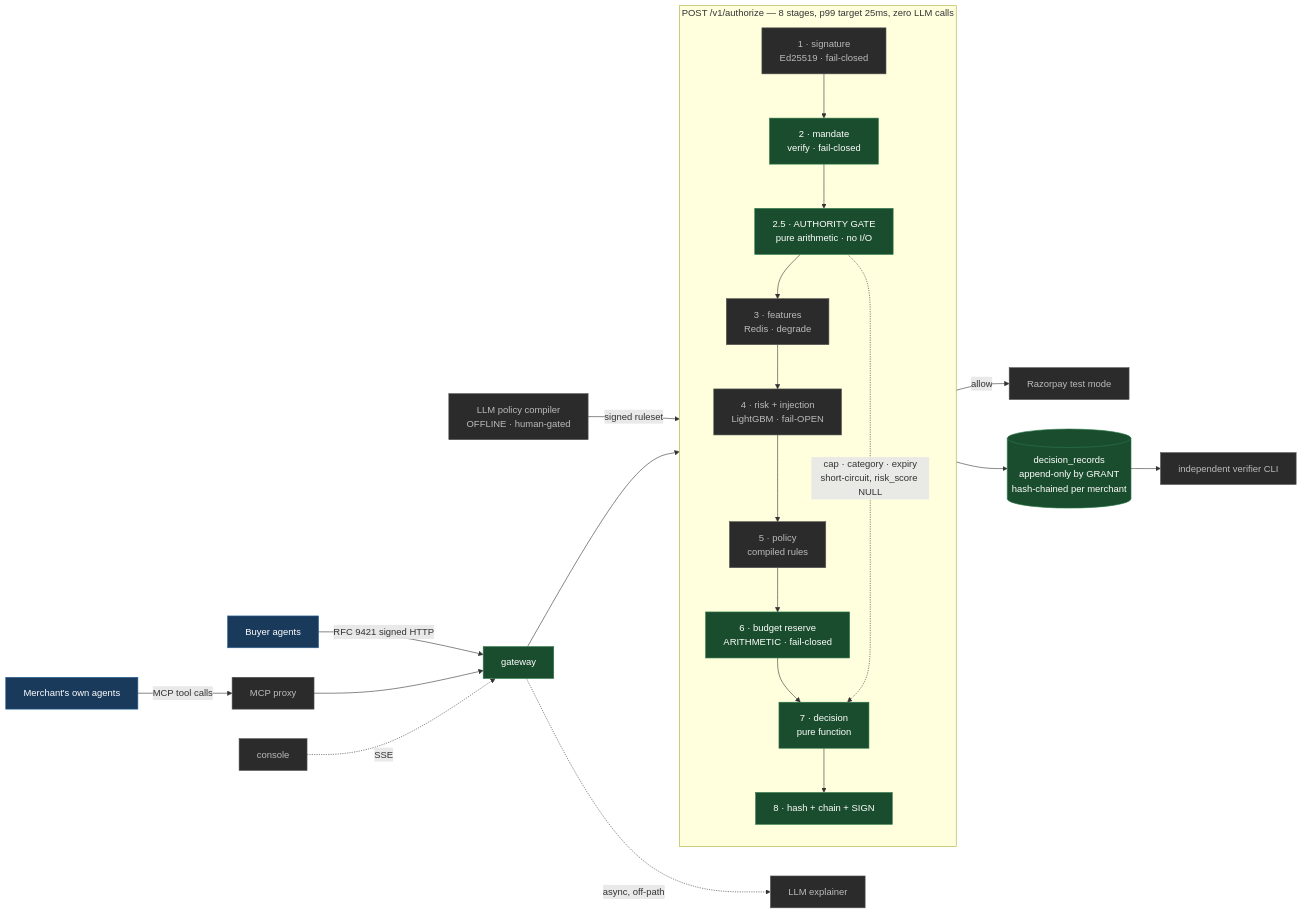
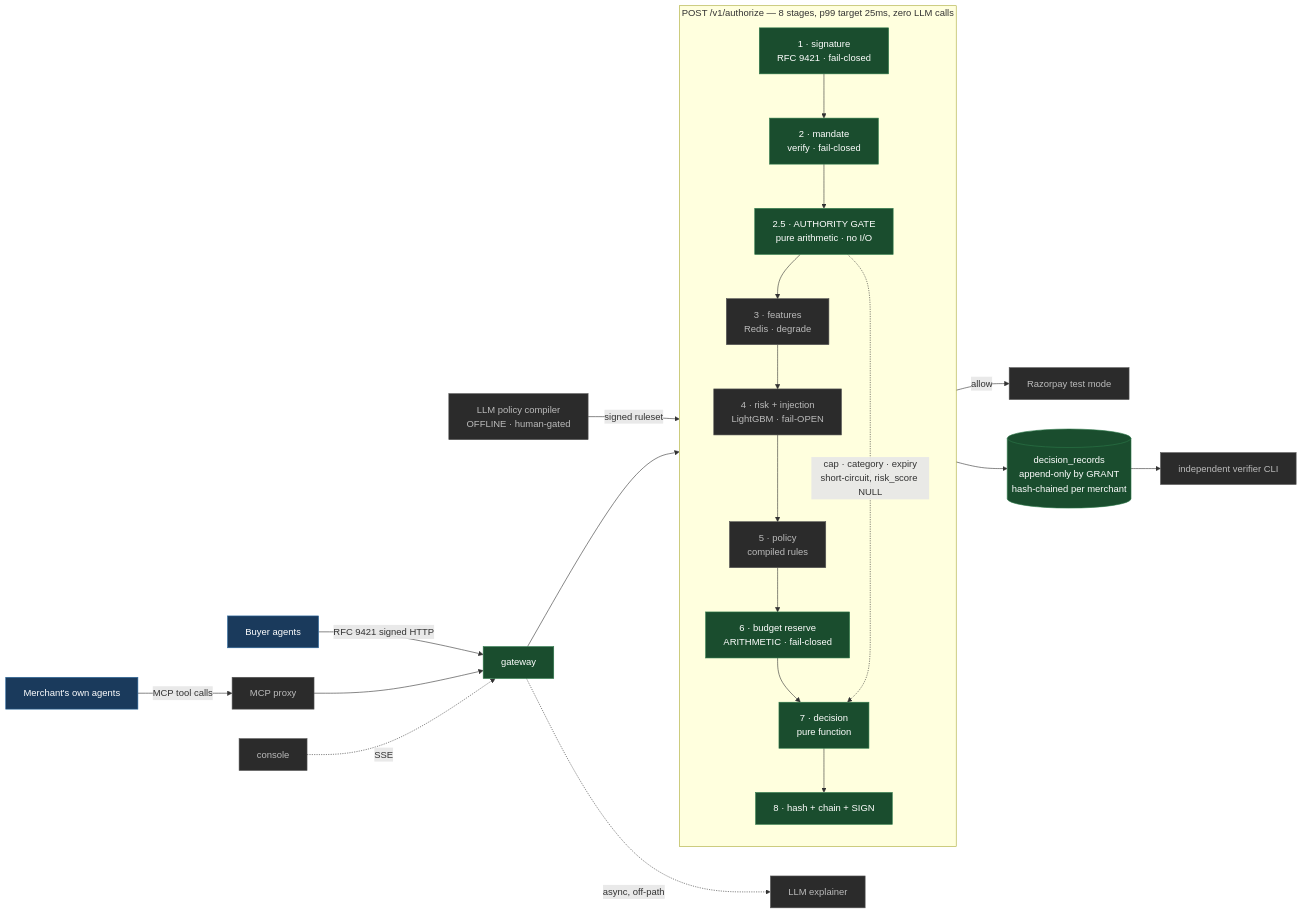
The diagram in README.md (jack1824/razorpay), drawn with Mermaid before and after one commit. The commit also changed other lines of this file and 39 other files, not shown here.

````diff
--- a/README.md
+++ b/README.md
@@ -7,33 +7,33 @@
 ```mermaid
 flowchart LR
   BA[Buyer agents]:::ext -->|RFC 9421 signed HTTP| GW
   MA[Merchant's own agents]:::ext -->|MCP tool calls| PX[MCP proxy]:::soon
   PX --> GW
 
   subgraph DWAAR["POST /v1/authorize — 8 stages, p99 target 25ms, zero LLM calls"]
     direction TB
-    S1["1 · signature<br/>Ed25519 · fail-closed"]:::soon
+    S1["1 · signature<br/>RFC 9421 · fail-closed"]:::done
     S2["2 · mandate<br/>verify · fail-closed"]:::done
     G["2.5 · AUTHORITY GATE<br/>pure arithmetic · no I/O"]:::done
     S3["3 · features<br/>Redis · degrade"]:::soon
     S4["4 · risk + injection<br/>LightGBM · fail-OPEN"]:::soon
     S5["5 · policy<br/>compiled rules"]:::soon
     S6["6 · budget reserve<br/>ARITHMETIC · fail-closed"]:::done
     S7["7 · decision<br/>pure function"]:::done
     S8["8 · hash + chain + SIGN"]:::done
     S1 --> S2 --> G --> S3 --> S4 --> S5 --> S6 --> S7 --> S8
     G -.->|"cap · category · expiry<br/>short-circuit, risk_score NULL"| S7
   end
 
   GW[gateway]:::done --> DWAAR
   S7 -->|allow| RZP[Razorpay test mode]:::soon
   S8 --> CH[(decision_records<br/>append-only by GRANT<br/>hash-chained per merchant)]:::done
   CH --> V[independent verifier CLI]:::soon
   GW -. async, off-path .-> EX[LLM explainer]:::soon
   PC[LLM policy compiler<br/>OFFLINE · human-gated]:::soon -->|signed ruleset| S5
   CON[console]:::soon -. SSE .-> GW
 
   classDef done fill:#1a4d2e,stroke:#2d7a4a,color:#fff
   classDef soon fill:#2b2b2b,stroke:#555,color:#bbb
   classDef ext  fill:#1a3a5c,stroke:#2d6a9f,color:#fff
 ```
````
